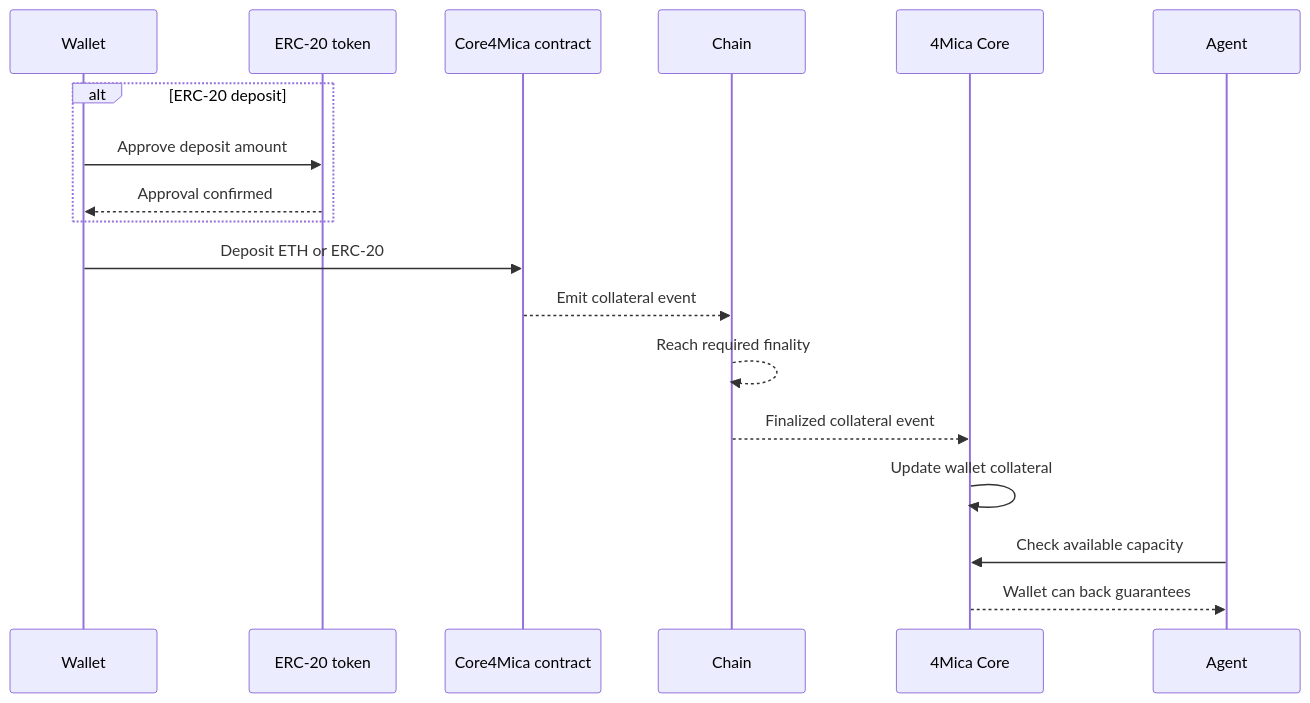
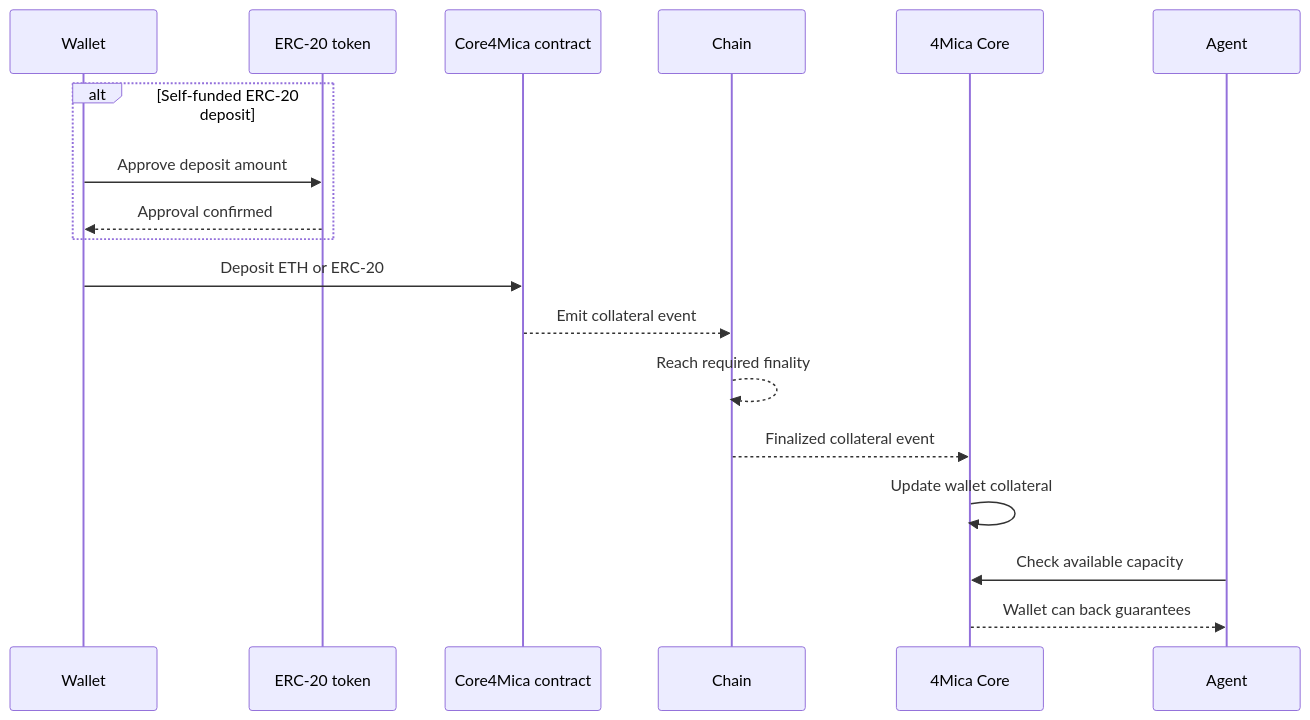
One commit to 4mica-Network/4mica changed the first of 2 diagrams in docs/core-concepts/deposits-and-withdrawals.mdx. Above: the diagram before and after it, drawn with Mermaid. The commit also changed other lines of this file and 42 other files, not shown here.

````diff
--- a/docs/core-concepts/deposits-and-withdrawals.mdx
+++ b/docs/core-concepts/deposits-and-withdrawals.mdx
@@ -125,21 +163,21 @@
 ```mermaid
 sequenceDiagram
     participant Wallet
     participant Token as ERC-20 token
     participant Contract as Core4Mica contract
     participant Chain
     participant Core as 4Mica Core
     participant Agent
 
-    alt ERC-20 deposit
+    alt Self-funded ERC-20 deposit
         Wallet->>Token: Approve deposit amount
         Token-->>Wallet: Approval confirmed
     end
     Wallet->>Contract: Deposit ETH or ERC-20
     Contract-->>Chain: Emit collateral event
     Chain-->>Chain: Reach required finality
     Chain-->>Core: Finalized collateral event
     Core->>Core: Update wallet collateral
     Agent->>Core: Check available capacity
     Core-->>Agent: Wallet can back guarantees
 ```
````
